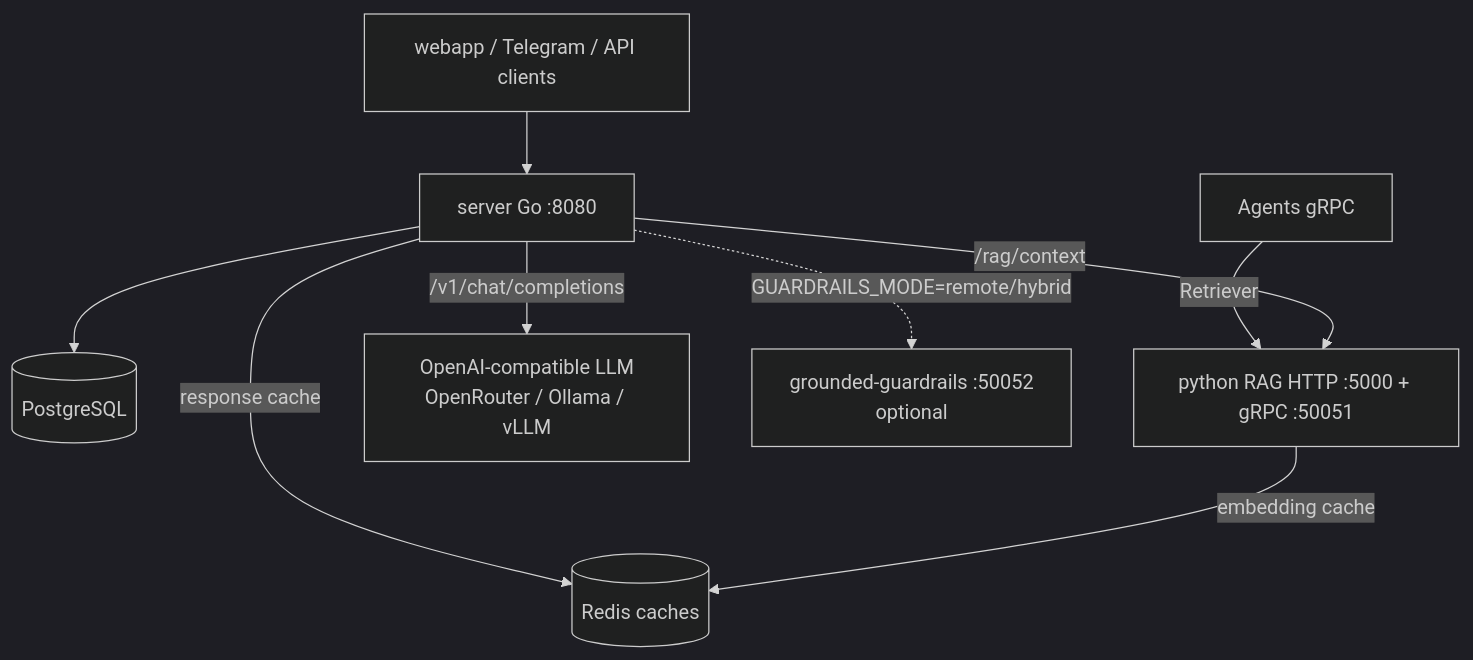
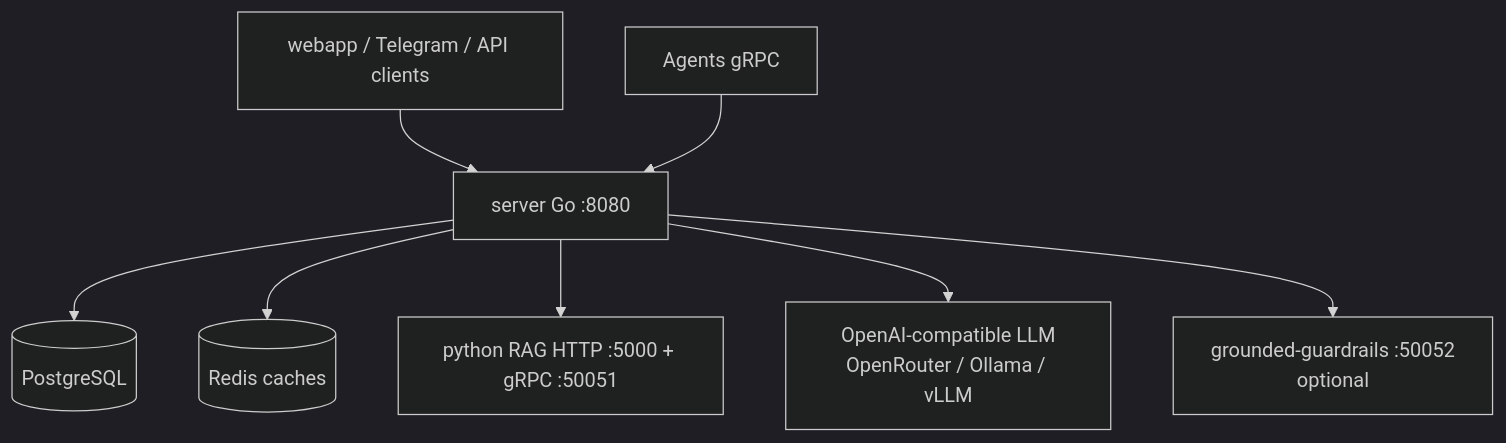
Before and after one commit to kantik001/grounded-llm: the diagram in docs/en/knowledge-base/server-overview.md, drawn with Mermaid (dark theme). The commit also changed other lines of this file and 294 other files, not shown here.

````diff
--- a/docs/en/knowledge-base/server-overview.md
+++ b/docs/en/knowledge-base/server-overview.md
@@ -52,20 +50,19 @@
 ```mermaid
 flowchart TB
     Web[webapp / Telegram / API clients]
     Agents[Agents gRPC]
     Go[server Go :8080]
     PG[(PostgreSQL)]
     Redis[(Redis caches)]
     Py[python RAG HTTP :5000 + gRPC :50051]
     LLM[OpenAI-compatible LLM\nOpenRouter / Ollama / vLLM]
     GR[grounded-guardrails :50052\noptional]
 
     Web --> Go
-    Agents -->|Retriever| Py
+    Agents --> Go
     Go --> PG
-    Go -->|response cache| Redis
-    Go -->|/rag/context| Py
-    Py -->|embedding cache| Redis
-    Go -->|/v1/chat/completions| LLM
-    Go -.->|GUARDRAILS_MODE=remote/hybrid| GR
+    Go --> Redis
+    Go --> Py
+    Go --> LLM
+    Go --> GR
 ```
````
